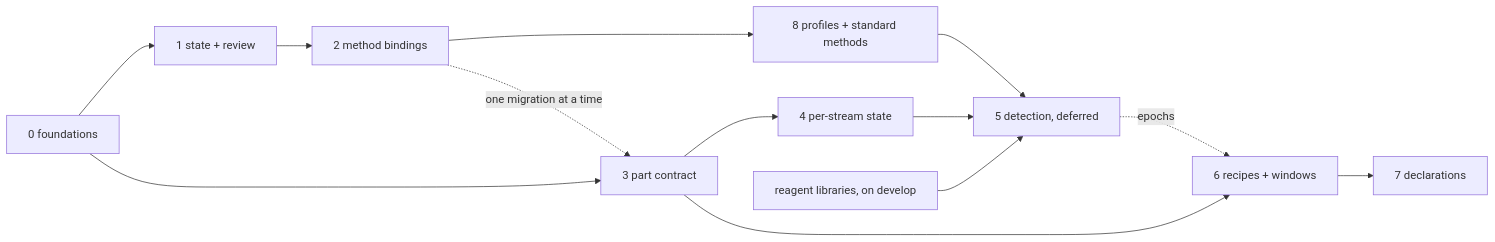
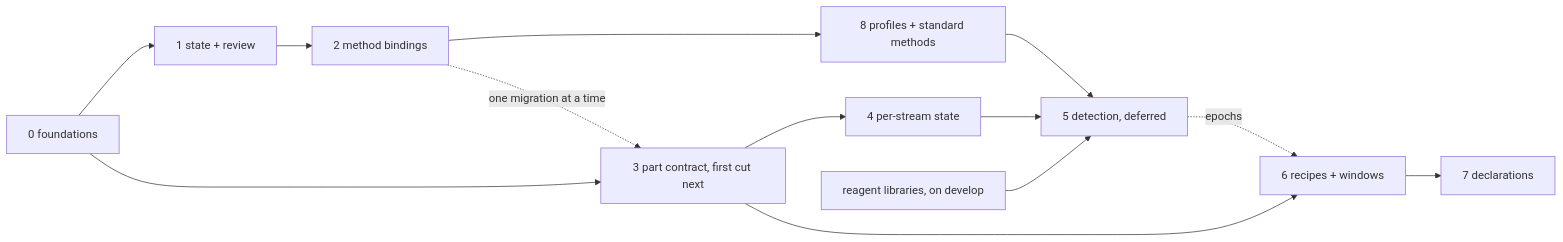
One commit to ultra-trace-systems/mascope changed the second of 2 diagrams in docs/dev/ingest_routing_and_splitting.md. Above: the diagram before and after it, drawn with Mermaid. The commit also changed other lines of this file, not shown here.

````diff
--- a/docs/dev/ingest_routing_and_splitting.md
+++ b/docs/dev/ingest_routing_and_splitting.md
@@ -1578,15 +1654,15 @@
 ```mermaid
 graph LR
     P0[0 foundations] --> P1[1 state + review]
-    P0 --> P3[3 part contract]
+    P0 --> P3[3 part contract, first cut next]
     P1 --> P2[2 method bindings]
     P2 --> P8[8 profiles + standard methods]
     P2 -.one migration at a time.-> P3
     P3 --> P4[4 per-stream state]
     P8 --> P5[5 detection, deferred]
     P4 --> P5
     E[reagent libraries, on develop] --> P5
     P3 --> P6[6 recipes + windows]
     P5 -.epochs.-> P6
     P6 --> P7[7 declarations]
 ```
````
